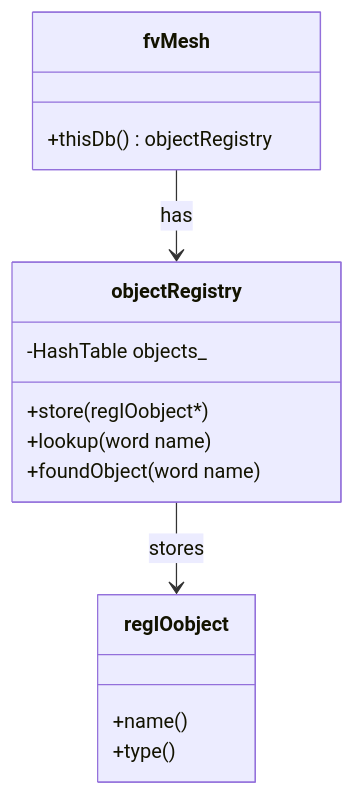
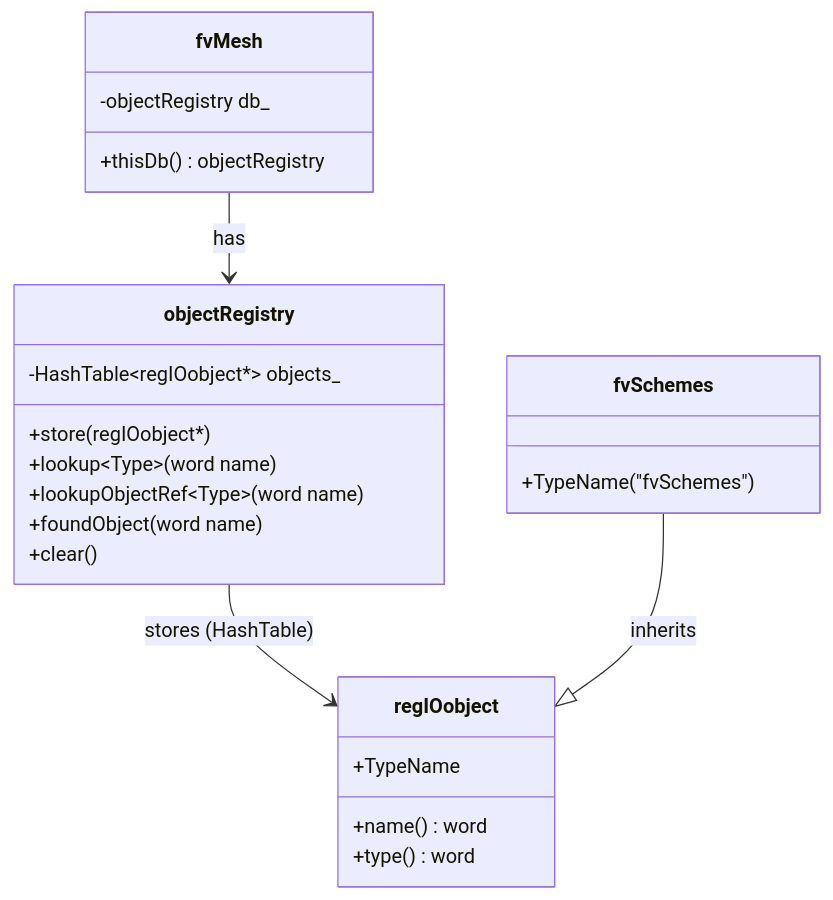
One commit to wramet/build-my-cfd changed the third of 3 diagrams in MODULE_10_CFD_ENGINE_DEVELOPMENT/CONTENT/02_ADVANCED_PATTERNS/03_Singleton_MeshObject.md. Above: the diagram before and after it, drawn with Mermaid. The commit also changed other lines of this file and 203 other files, not shown here.

````diff
--- a/MODULE_10_CFD_ENGINE_DEVELOPMENT/CONTENT/02_ADVANCED_PATTERNS/03_Singleton_MeshObject.md
+++ b/MODULE_10_CFD_ENGINE_DEVELOPMENT/CONTENT/02_ADVANCED_PATTERNS/03_Singleton_MeshObject.md
@@ -181,19 +318,30 @@
 ```mermaid
 classDiagram
     class objectRegistry {
-        -HashTable objects_
-        +store(regIOobject*)
-        +lookup(word name)
+        -HashTable~regIOobject*~ objects_
+        +store(regIOobject*) 
+        +lookup~Type~(word name)
+        +lookupObjectRef~Type~(word name)
         +foundObject(word name)
+        +clear()
     }
+    
     class fvMesh {
         +thisDb() objectRegistry
+        -objectRegistry db_
     }
+    
     class regIOobject {
-        +name()
-        +type()
+        +TypeName
+        +name() word
+        +type() word
+    }
+    
+    class fvSchemes {
+        +TypeName("fvSchemes")
     }
     
     fvMesh --> objectRegistry : has
-    objectRegistry --> regIOobject : stores
+    objectRegistry --> regIOobject : stores (HashTable)
+    fvSchemes --|> regIOobject : inherits
 ```
````
